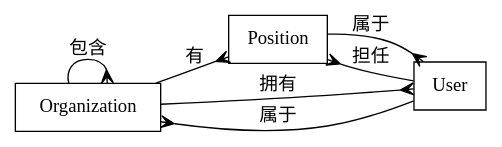
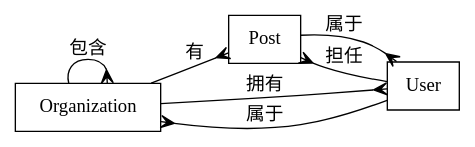
One commit to chuanjiabao1981/check_v3_db_migrate changed the diagram in model.dot. Above: the diagram before and after it, drawn with Graphviz. The commit also changed 6 other files, not shown here.

```diff
--- a/model.dot
+++ b/model.dot
@@ -1,11 +1,11 @@
 digraph G 
 {
 	graph [rankdir=LR] 
 	node [shape=box] 
-    Organization -> Position [arrowhead=crow label="有"]
-    Position -> User [arrowhead=crow label="属于"]
-    User-> Position [arrowhead=crow label="担任"]
+    Organization -> Post [arrowhead=crow label="有"]
+    Post -> User [arrowhead=crow label="属于"]
+    User-> Post [arrowhead=crow label="担任"]
     Organization -> User[arrowhead=crow label="拥有"]
     User->Organization [arrowhead=crow label="属于"]
     Organization -> Organization [arrowhead=crow label="包含"] 
 }
```
